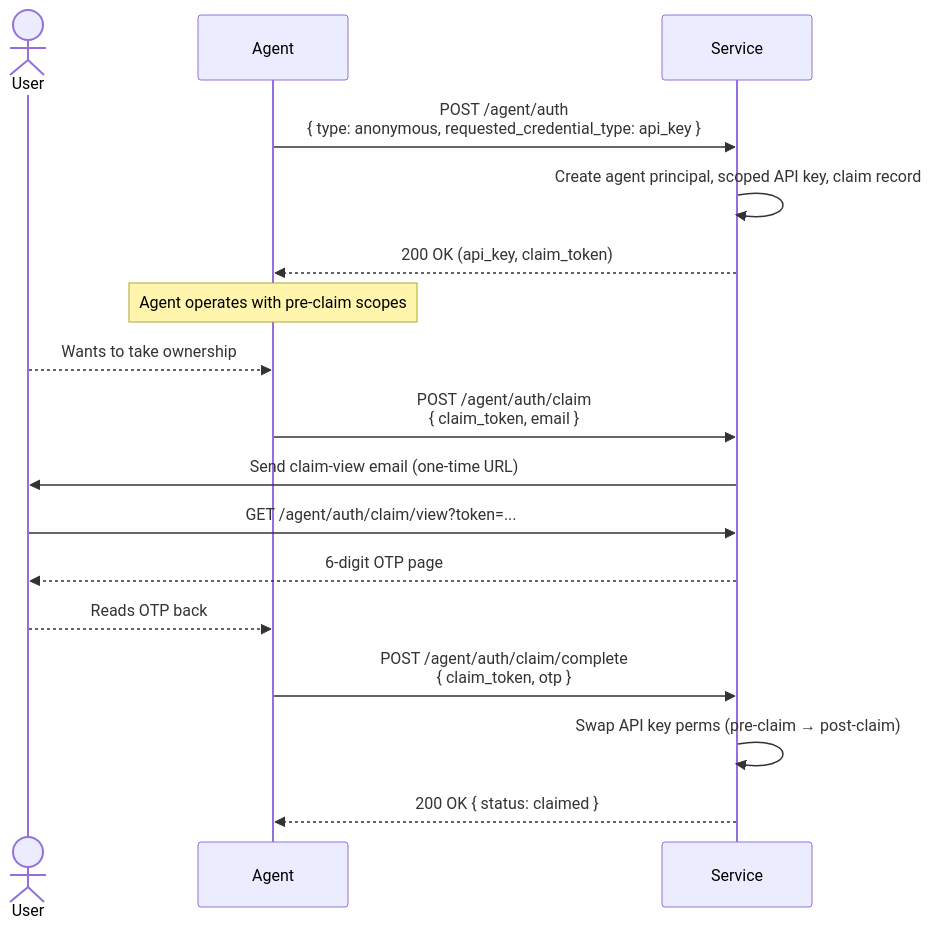
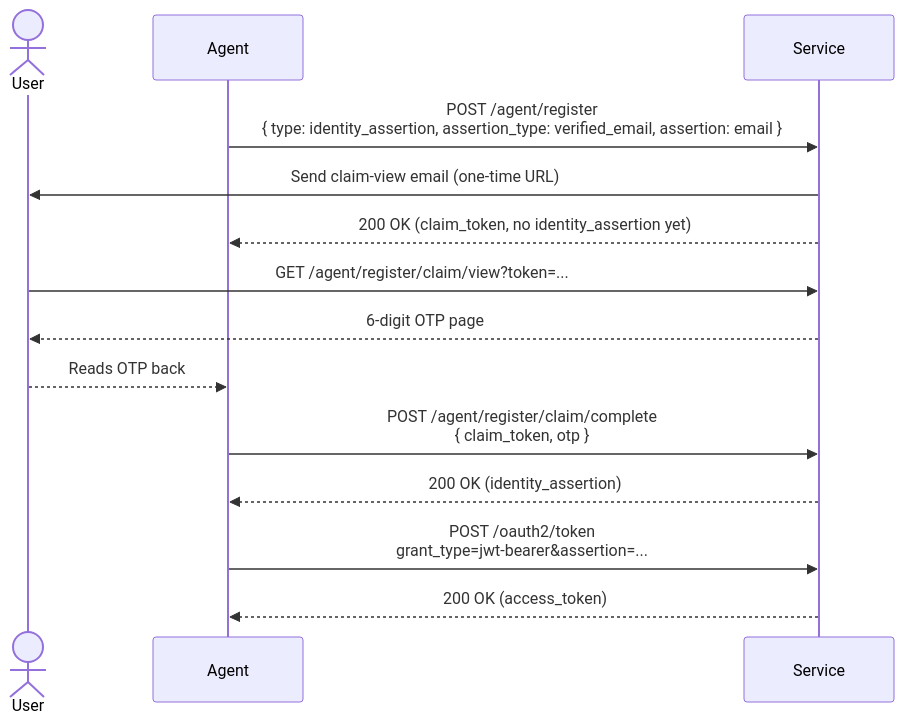
The third of 3 diagrams in README.md (workos/auth.md), drawn with Mermaid before and after one commit. The commit also changed other lines of this file and 2 other files, not shown here.

````diff
--- a/README.md
+++ b/README.md
@@ -119,22 +132,17 @@
 ```mermaid
 sequenceDiagram
     actor User
     participant Agent
     participant Service
 
-    Agent->>Service: POST /agent/auth<br/>{ type: anonymous, requested_credential_type: api_key }
-    Service->>Service: Create agent principal, scoped API key, claim record
-    Service-->>Agent: 200 OK (api_key, claim_token)
-
-    Note over Agent: Agent operates with pre-claim scopes
-
-    User-->>Agent: Wants to take ownership
-    Agent->>Service: POST /agent/auth/claim<br/>{ claim_token, email }
+    Agent->>Service: POST /agent/register<br/>{ type: identity_assertion, assertion_type: verified_email, assertion: email }
     Service->>User: Send claim-view email (one-time URL)
-    User->>Service: GET /agent/auth/claim/view?token=...
+    Service-->>Agent: 200 OK (claim_token, no identity_assertion yet)
+    User->>Service: GET /agent/register/claim/view?token=...
     Service-->>User: 6-digit OTP page
     User-->>Agent: Reads OTP back
-    Agent->>Service: POST /agent/auth/claim/complete<br/>{ claim_token, otp }
-    Service->>Service: Swap API key perms (pre-claim → post-claim)
-    Service-->>Agent: 200 OK { status: claimed }
+    Agent->>Service: POST /agent/register/claim/complete<br/>{ claim_token, otp }
+    Service-->>Agent: 200 OK (identity_assertion)
+    Agent->>Service: POST /oauth2/token<br/>grant_type=jwt-bearer&assertion=...
+    Service-->>Agent: 200 OK (access_token)
 ```
````
